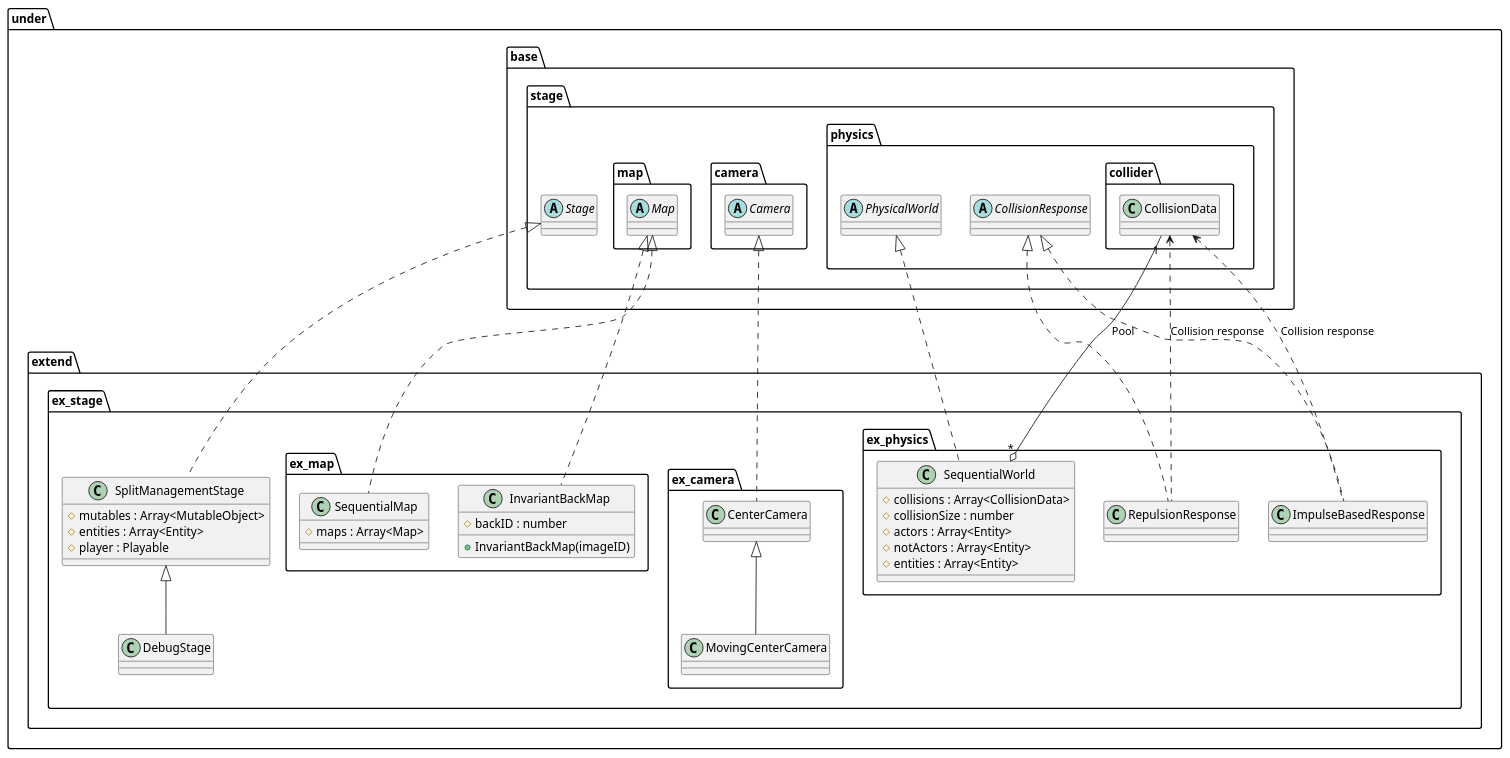
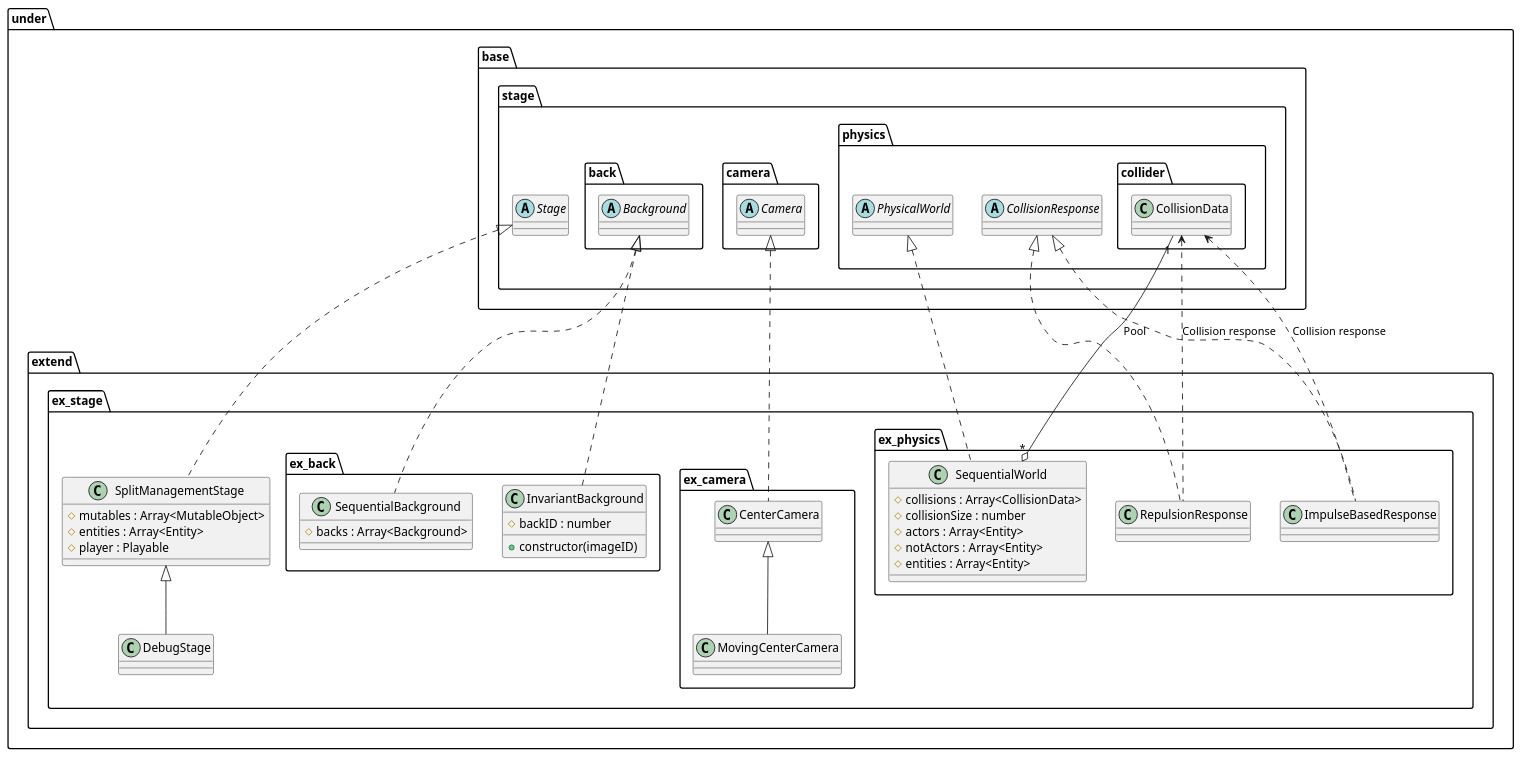
The diagram in uml/stage/Extend.wsd (Expine/Under), drawn with PlantUML before and after one commit. The commit also changed 44 other files, not shown here.

Commit message:
Fix prser and stage base, rename map to background

```diff
--- a/uml/stage/Extend.wsd
+++ b/uml/stage/Extend.wsd
@@ -1,75 +1,75 @@
 @startuml StageExtend
 package under {
     package extend {
         package ex_stage {
             class SplitManagementStage {
                 #mutables : Array<MutableObject>
                 #entities : Array<Entity>
                 #player : Playable
             }
             class DebugStage
-            package ex_map {
-                class SequentialMap {
-                    #maps : Array<Map>
+            package ex_back {
+                class SequentialBackground {
+                    #backs : Array<Background>
                 }
-                class InvariantBackMap {
-                    +InvariantBackMap(imageID)
+                class InvariantBackground {
+                    +constructor(imageID)
                     #backID : number
                 }
             }
             package ex_camera {
                 class CenterCamera
                 class MovingCenterCamera
             }
 
             package ex_physics {
                 class SequentialWorld {
                     #collisions : Array<CollisionData>
                     #collisionSize : number
                     #actors : Array<Entity>
                     #notActors : Array<Entity>
                     #entities : Array<Entity>
                 }
                 class ImpulseBasedResponse
                 class RepulsionResponse
             }
         }
     }
 }
 
 package under {
     package base {
         package stage {
             abstract Stage
-            package map {
-                abstract Map
+            package back {
+                abstract Background
             }
             package camera {
                 abstract Camera
             }
             package physics {
                 abstract PhysicalWorld
                 abstract CollisionResponse
                 package collider {
                     class CollisionData
                 }
             }
         }
     }
 }
 
 CollisionData <.. ImpulseBasedResponse : Collision response
 CollisionData <.. RepulsionResponse : Collision response
 CollisionData "1"--o "*"SequentialWorld : Pool
 
 Stage <|.. SplitManagementStage
 SplitManagementStage <|-- DebugStage
 Camera <|.. CenterCamera
 CenterCamera <|-- MovingCenterCamera
-Map <|.. SequentialMap
-Map <|.. InvariantBackMap
+Background <|.. SequentialBackground
+Background <|.. InvariantBackground
 PhysicalWorld <|.. SequentialWorld
 CollisionResponse <|.. ImpulseBasedResponse
 CollisionResponse <|.. RepulsionResponse
 
 @enduml
```
